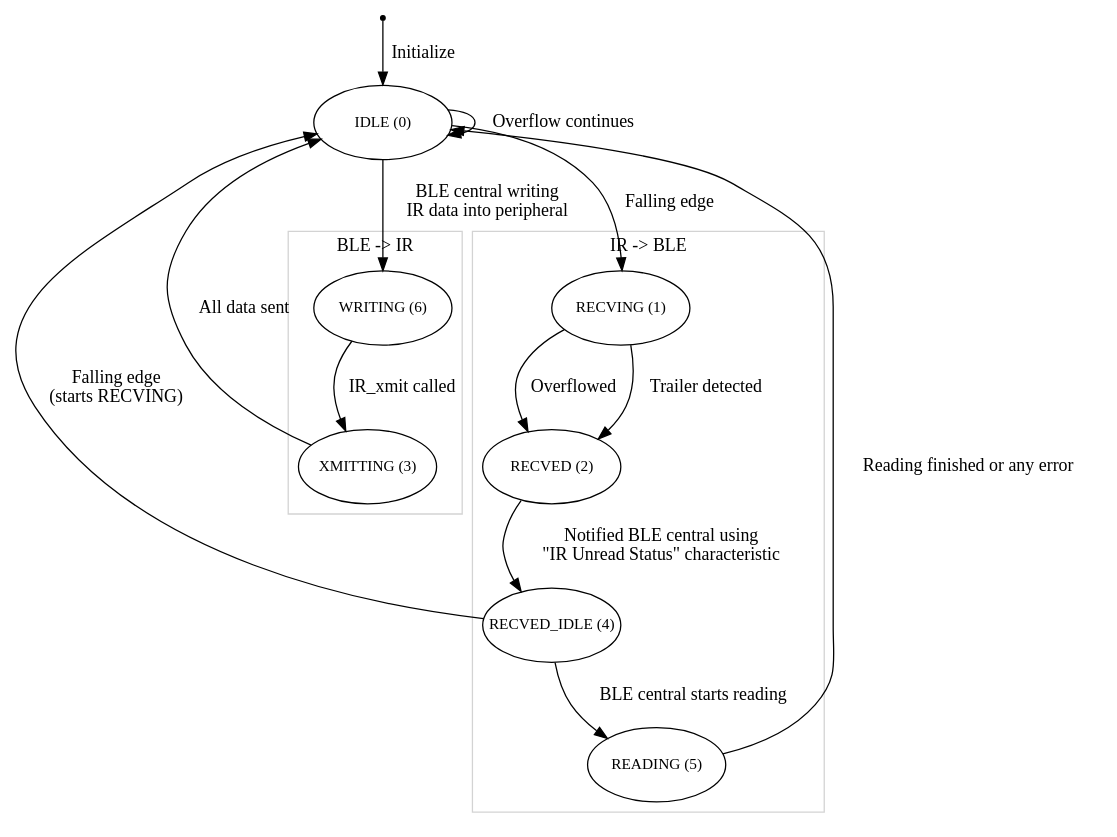
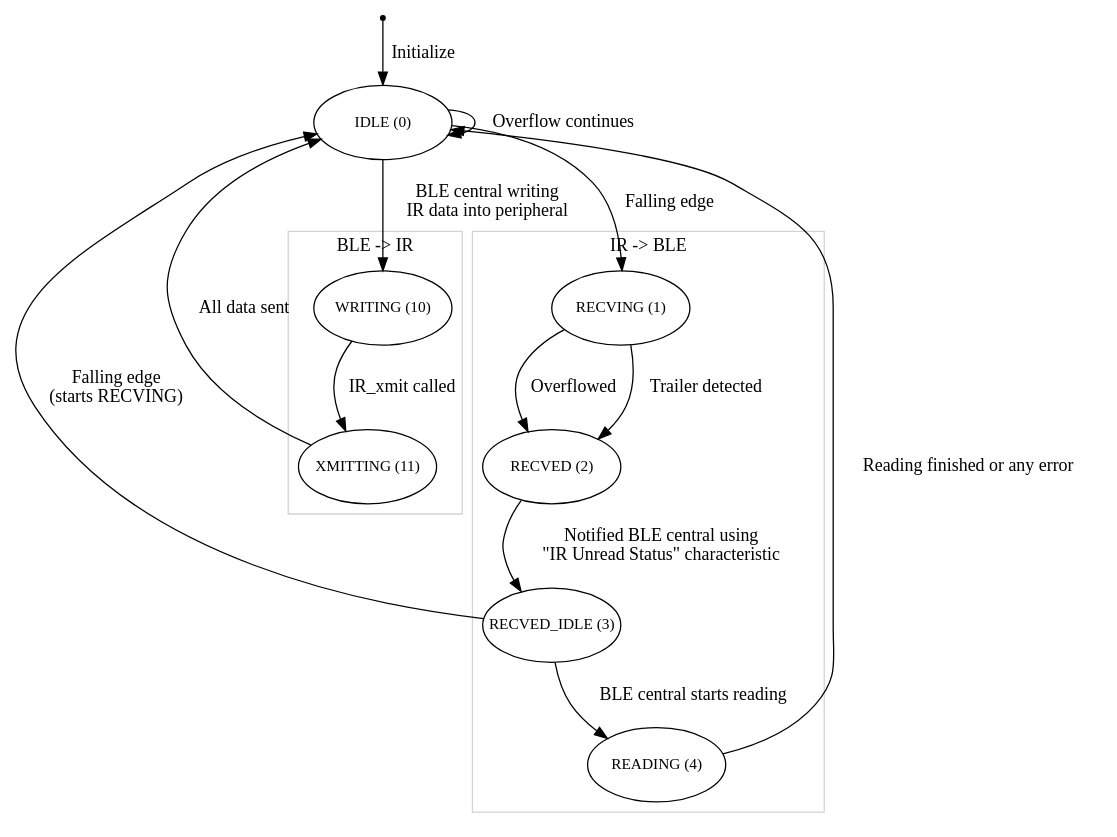
The diagram in spec/diagrams/ir-state.gv (irkit/device), drawn with Graphviz before and after one commit. The commit also changed 7 other files, not shown here.

Commit message:
added IR_READING, IR_WRITING state

```diff
--- a/spec/diagrams/ir-state.gv
+++ b/spec/diagrams/ir-state.gv
@@ -1,46 +1,46 @@
 digraph ir_state {
     rankdir=TB;
 
     START [ label = "START", shape = point, fixedsize = false ];
 
     node [shape=ellipse, fontsize=12, fixedsize=true, width=1.5, height=0.8];
 
     IDLE  [ label = "IDLE (0)" ];
     START -> IDLE       [ label = "Initialize", weight = 100 ];
 
     subgraph cluster_ir {
         label = "IR -> BLE";
         color=lightgray;
         rank=source;
 
         RECVING     [ label = "RECVING (1)" ];
         RECVED      [ label = "RECVED (2)" ];
-        RECVED_IDLE [ label = "RECVED_IDLE (4)" ];
-        READING     [ label = "READING (5)" ];
+        RECVED_IDLE [ label = "RECVED_IDLE (3)" ];
+        READING     [ label = "READING (4)" ];
 
         RECVING     -> RECVED      [ label = "Overflowed" ];
         RECVING     -> RECVED      [ label = "Trailer detected" ];
 
         RECVED      -> RECVED_IDLE [ label = "Notified BLE central using\n\"IR Unread Status\" characteristic" ];
         RECVED_IDLE -> READING     [ label = "BLE central starts reading" ];
 
     }
     subgraph cluster_ble {
         label = "BLE -> IR";
         color=lightgray;
         rank=source;
 
-        XMITTING    [ label = "XMITTING (3)" ];
-        WRITING     [ label = "WRITING (6)" ];
+        WRITING     [ label = "WRITING (10)" ];
+        XMITTING    [ label = "XMITTING (11)" ];
 
         WRITING     -> XMITTING    [ label = "IR_xmit called" ];
     }
 
     IDLE -> IDLE        [ label = "Overflow continues" ];
     IDLE -> RECVING     [ label = "Falling edge", weight = 10 ];
     IDLE -> WRITING     [ label = "BLE central writing\nIR data into peripheral", weight = 10 ];
 
     RECVED_IDLE -> IDLE [ label = "Falling edge\n(starts RECVING)" ];
     READING     -> IDLE [ label = "Reading finished or any error" ];
     XMITTING    -> IDLE [ label = "All data sent" ];
 }
```
